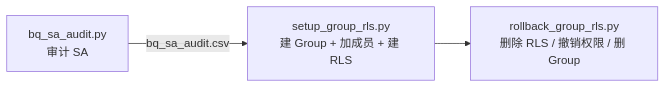
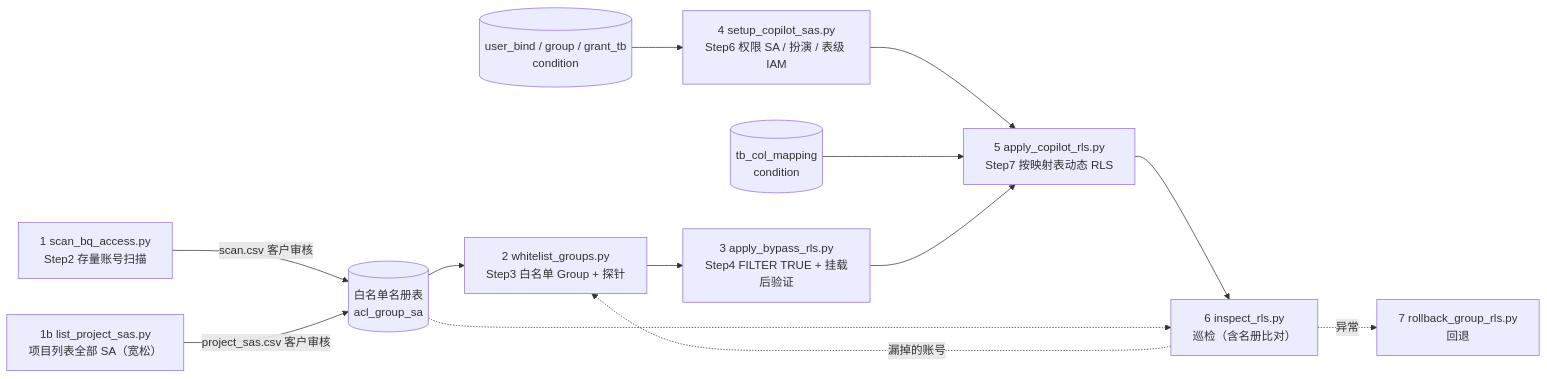
One commit to DigitalWNZ/bq-sa-rls-toolkit changed the diagram in README.md. Above: the diagram before and after it, drawn with Mermaid. The commit also changed other lines of this file and 24 other files, not shown here.

````diff
--- a/README.md
+++ b/README.md
@@ -9,5 +43,15 @@
 ```mermaid
 flowchart LR
-    A["bq_sa_audit.py<br/>审计 SA"] -->|bq_sa_audit.csv| B["setup_group_rls.py<br/>建 Group + 加成员 + 建 RLS"]
-    B --> C["rollback_group_rls.py<br/>删除 RLS / 撤销权限 / 删 Group"]
+    S2["1 scan_bq_access.py<br/>Step2 存量账号扫描"] -->|scan.csv 客户审核| ACL[("白名单名册表<br/>acl_group_sa")]
+    S1b["1b list_project_sas.py<br/>项目列表全部 SA（宽松）"] -->|project_sas.csv 客户审核| ACL
+    ACL --> S3["2 whitelist_groups.py<br/>Step3 白名单 Group + 探针"]
+    S3 --> S4["3 apply_bypass_rls.py<br/>Step4 FILTER TRUE + 挂载后验证"]
+    AUTH[("user_bind / group / grant_tb<br/>condition")] --> S6["4 setup_copilot_sas.py<br/>Step6 权限 SA / 扮演 / 表级 IAM"]
+    S6 --> S7
+    MAP[("tb_col_mapping<br/>condition")] --> S7
+    S4 --> S7["5 apply_copilot_rls.py<br/>Step7 按映射表动态 RLS"]
+    S7 --> I["6 inspect_rls.py<br/>巡检（含名册比对）"]
+    ACL -.-> I
+    I -.->|异常| R["7 rollback_group_rls.py<br/>回退"]
+    I -.->|漏掉的账号| S3
 ```
````
